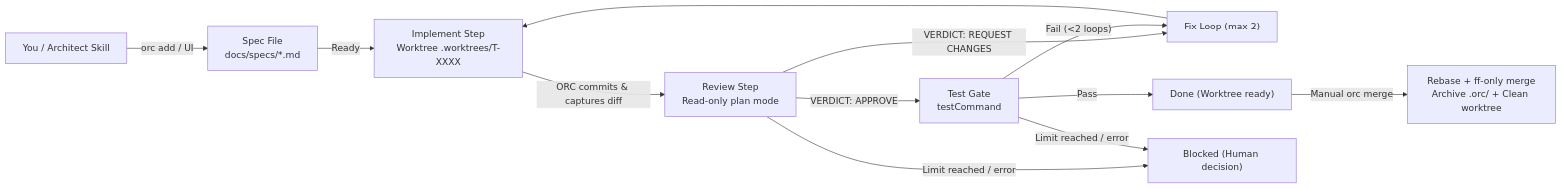
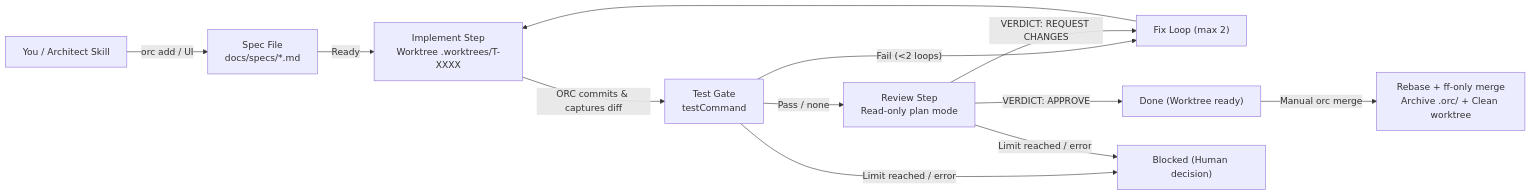
Before and after one commit to Paradoxsmile/ORC: the diagram in README.md, drawn with Mermaid. The commit also changed other lines of this file and 3 other files, not shown here.

Commit message:
task T-0002: Run testCommand before review [implementation]

````diff
--- a/README.md
+++ b/README.md
@@ -29,13 +29,13 @@
 ```mermaid
 flowchart LR
     U["You / Architect Skill"] -->|"orc add / UI"| S["Spec File\ndocs/specs/*.md"]
     S -->|"Ready"| I["Implement Step\nWorktree .worktrees/T-XXXX"]
-    I -->|"ORC commits & captures diff"| R["Review Step\nRead-only plan mode"]
-    R -->|"VERDICT: APPROVE"| V["Test Gate\ntestCommand"]
-    R -->|"VERDICT: REQUEST CHANGES"| F["Fix Loop (max 2)"]
+    I -->|"ORC commits & captures diff"| V["Test Gate\ntestCommand"]
+    V -->|"Pass / none"| R["Review Step\nRead-only plan mode"]
+    V -->|"Fail (<2 loops)"| F["Fix Loop (max 2)"]
+    R -->|"VERDICT: APPROVE"| D["Done (Worktree ready)"]
+    R -->|"VERDICT: REQUEST CHANGES"| F
     F --> I
-    V -->|"Pass"| D["Done (Worktree ready)"]
-    V -->|"Fail (<2 loops)"| F
     D -->|"Manual orc merge"| M["Rebase + ff-only merge\nArchive .orc/ + Clean worktree"]
-    R & V -->|"Limit reached / error"| B["Blocked (Human decision)"]
+    V & R -->|"Limit reached / error"| B["Blocked (Human decision)"]
 ```
````
